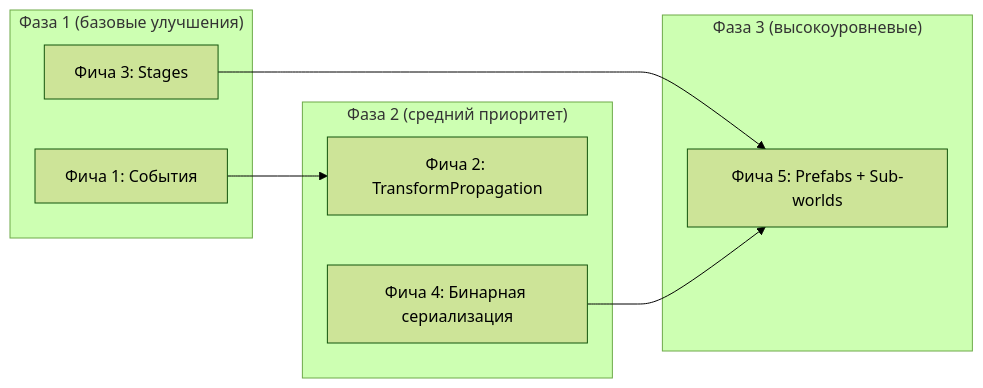
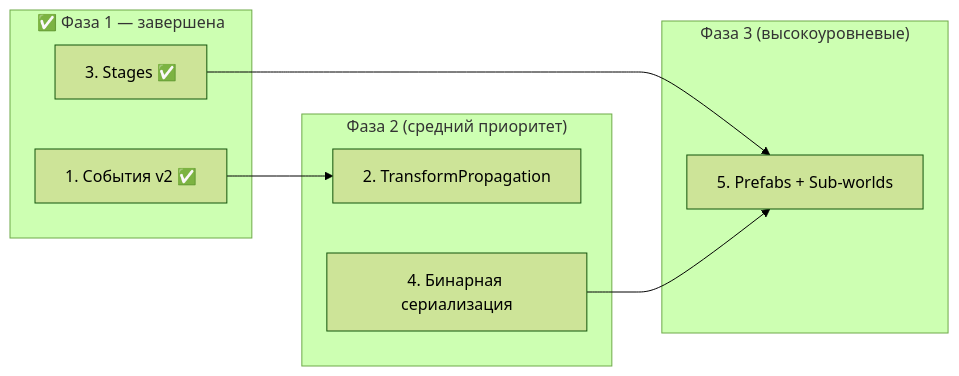
The second of 2 diagrams in plans/feature_plan.md (StanislavMal/apex-ecs), drawn with Mermaid (forest theme) before and after one commit. The commit also changed other lines of this file and 7 other files, not shown here.

````diff
--- a/plans/feature_plan.md
+++ b/plans/feature_plan.md
@@ -335,18 +352,18 @@
 ```mermaid
 graph LR
-    subgraph "Фаза 1 (базовые улучшения)"
-        A[Фича 1: События]
-        C[Фича 3: Stages]
+    subgraph "✅ Фаза 1 — завершена"
+        A["1. События v2 ✅"]
+        C["3. Stages ✅"]
     end
     subgraph "Фаза 2 (средний приоритет)"
-        B[Фича 2: TransformPropagation]
-        D[Фича 4: Бинарная сериализация]
+        B["2. TransformPropagation"]
+        D["4. Бинарная сериализация"]
     end
     subgraph "Фаза 3 (высокоуровневые)"
-        E[Фича 5: Prefabs + Sub-worlds]
+        E["5. Prefabs + Sub-worlds"]
     end
     
     A --> B
     C --> E
     D --> E
 ```
````
